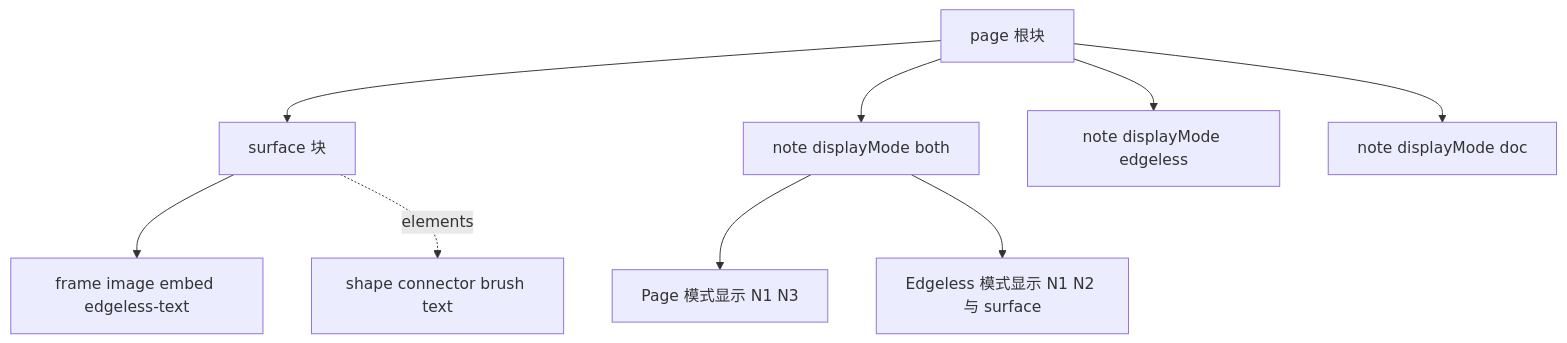
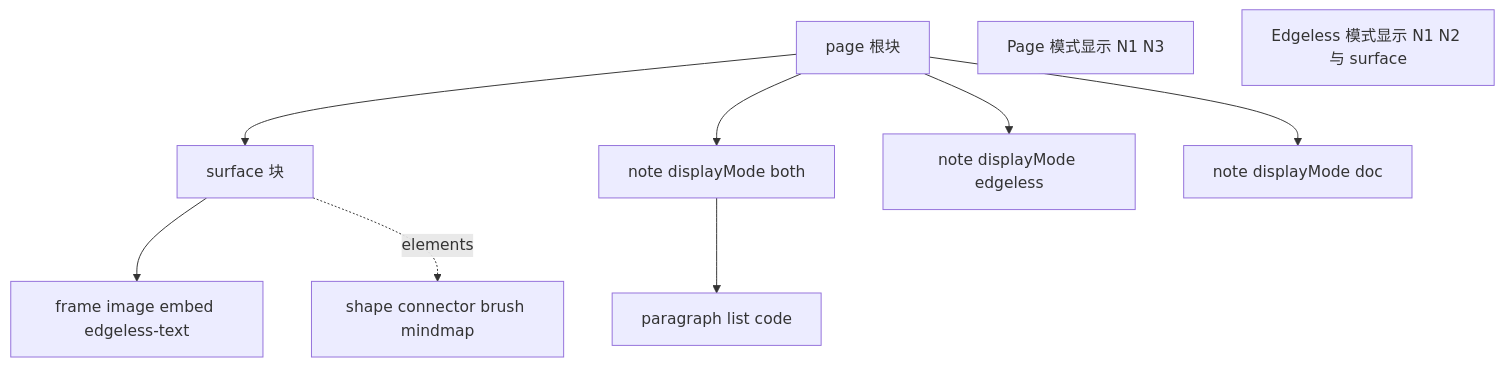
One commit to lfire/AFFiNE changed the third of 4 diagrams in learning-guide/slides/decks/14.md. Above: the diagram before and after it, drawn with Mermaid. The commit also changed other lines of this file and 46 other files, not shown here.

````diff
--- a/learning-guide/slides/decks/14.md
+++ b/learning-guide/slides/decks/14.md
@@ -346,11 +324,12 @@
 ```mermaid
 flowchart TB
-  ROOT[page 根块] --> SURF[surface 块]
+  ROOT["page 根块"] --> SURF["surface 块"]
   ROOT --> N1["note displayMode both"]
   ROOT --> N2["note displayMode edgeless"]
   ROOT --> N3["note displayMode doc"]
-  SURF --> F[frame image embed edgeless-text]
-  SURF -. elements .-> E[shape connector brush text]
-  N1 --> PG[Page 模式显示 N1 N3]
-  N1 --> EG[Edgeless 模式显示 N1 N2 与 surface]
+  SURF --> F["frame image embed edgeless-text"]
+  SURF -. elements .-> E["shape connector brush mindmap"]
+  N1 --> P1["paragraph list code"]
+  PN["Page 模式显示 N1 N3"]
+  EN["Edgeless 模式显示 N1 N2 与 surface"]
 ```
````
